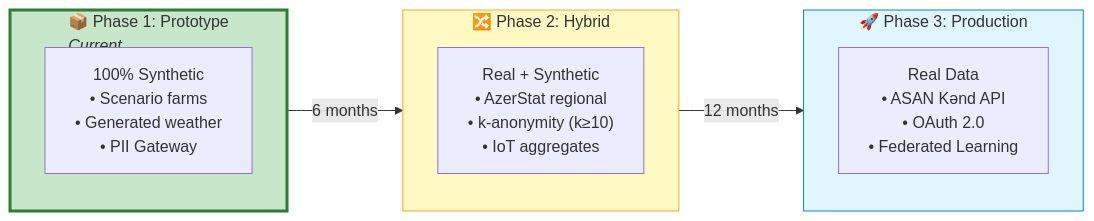
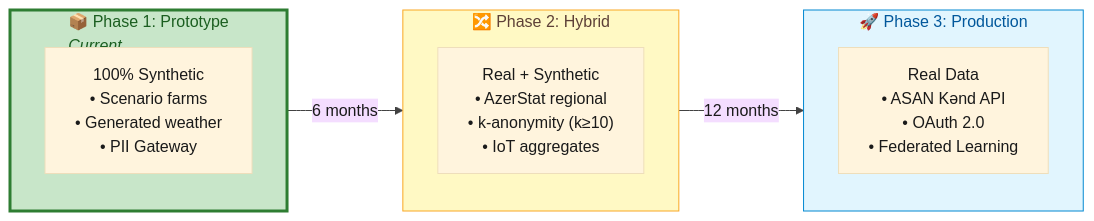
One commit to Px8Studio/yonja changed diagram 13 of 19 in docs/zekalab/03-ARCHITECTURE.md. Above: the diagram before and after it, drawn with Mermaid. The commit also changed other lines of this file and 2 other files, not shown here.

Commit message:
Refine styling in architecture diagrams for improved clarity and consistency

````diff
--- a/docs/zekalab/03-ARCHITECTURE.md
+++ b/docs/zekalab/03-ARCHITECTURE.md
@@ -522,20 +531,21 @@
 ```mermaid
+%%{init: {'theme': 'base', 'themeVariables': { 'primaryTextColor': '#1a1a1a', 'lineColor': '#424242'}}}%%
 flowchart LR
     subgraph phase1["📦 Phase 1: Prototype<br/><i>Current</i>"]
         syn["100% Synthetic<br/>• Scenario farms<br/>• Generated weather<br/>• PII Gateway"]
     end
     
     subgraph phase2["🔀 Phase 2: Hybrid"]
         blend["Real + Synthetic<br/>• AzerStat regional<br/>• k-anonymity (k≥10)<br/>• IoT aggregates"]
     end
     
     subgraph phase3["🚀 Phase 3: Production"]
         real["Real Data<br/>• ASAN Kənd API<br/>• OAuth 2.0<br/>• Federated Learning"]
     end
     
     phase1 -->|"6 months"| phase2 -->|"12 months"| phase3
     
-    style phase1 fill:#c8e6c9,stroke:#2e7d32,stroke-width:3px
-    style phase2 fill:#fff9c4,stroke:#f9a825
-    style phase3 fill:#e1f5fe,stroke:#0288d1
+    style phase1 fill:#c8e6c9,stroke:#2e7d32,stroke-width:3px,color:#1b5e20
+    style phase2 fill:#fff9c4,stroke:#f9a825,color:#5d4037
+    style phase3 fill:#e1f5fe,stroke:#0288d1,color:#01579b
 ```
````
